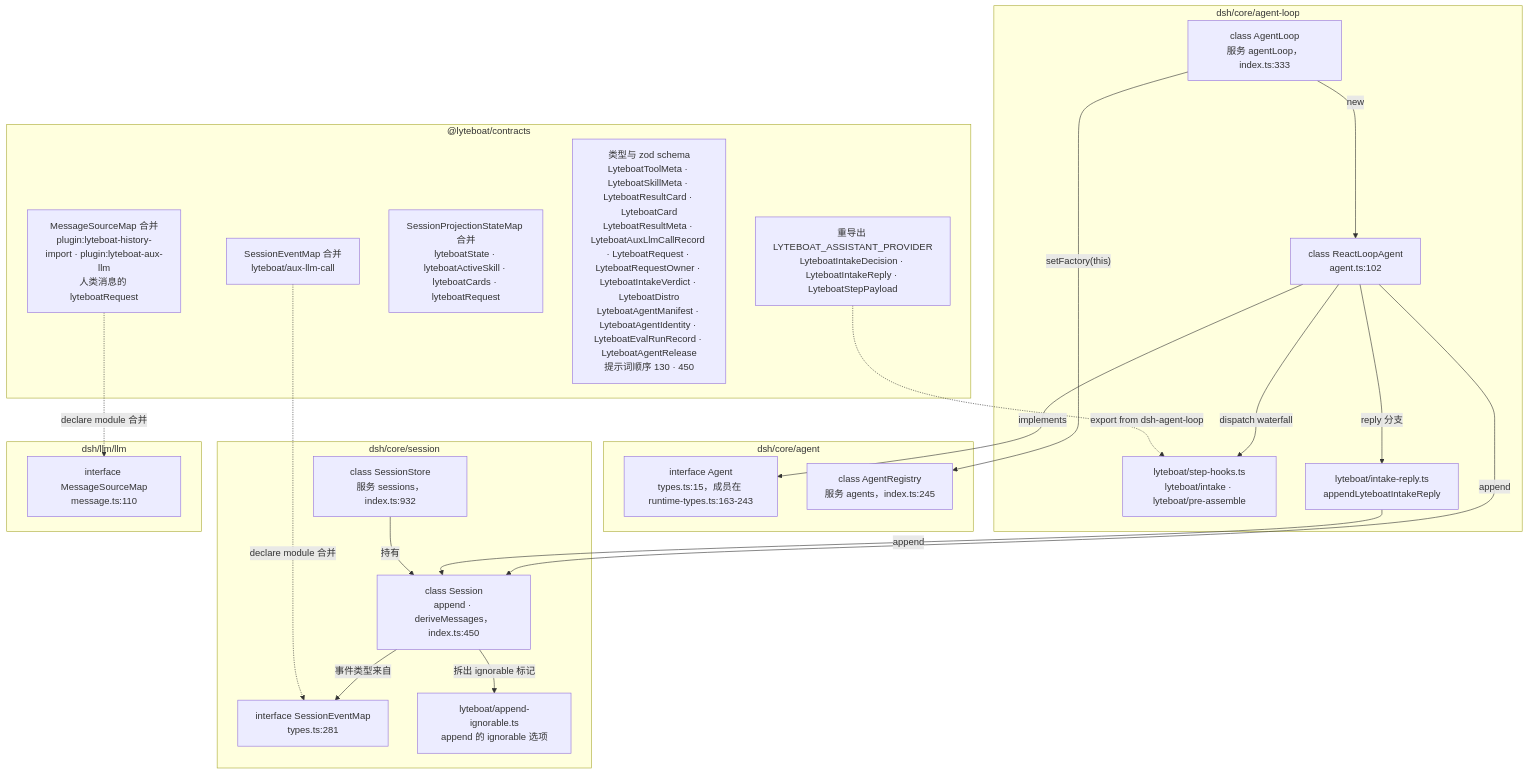
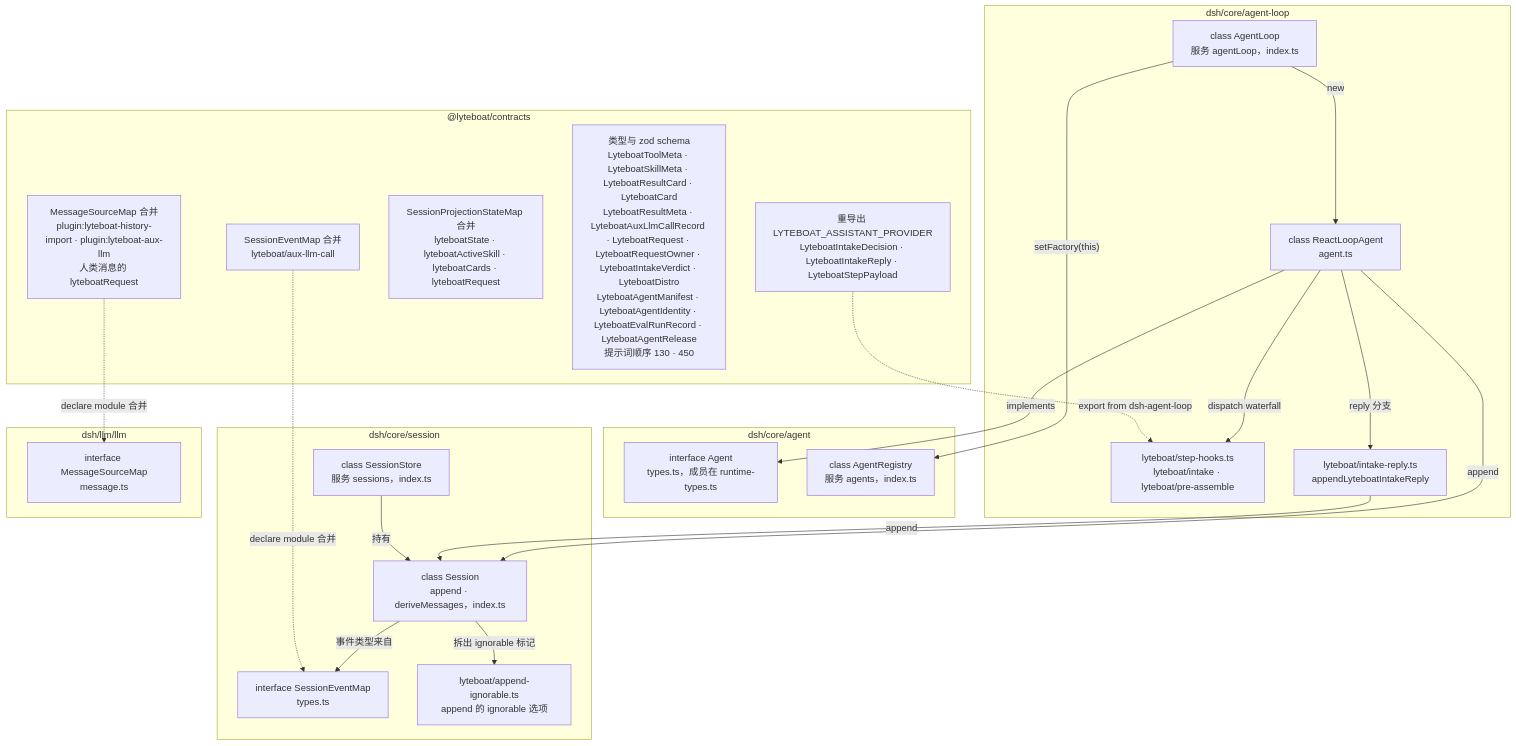
One commit to lyteboat/boat changed the fourth of 11 diagrams in docs/01-architecture.md. Above: the diagram before and after it, drawn with Mermaid. The commit also changed other lines of this file and 7 other files, not shown here.

````diff
--- a/docs/01-architecture.md
+++ b/docs/01-architecture.md
@@ -273,42 +270,42 @@
 ```mermaid
 flowchart TB
   subgraph AGT["dsh/core/agent"]
-    agentT["interface Agent<br/>types.ts:15，成员在 runtime-types.ts:163-243"]
-    reg["class AgentRegistry<br/>服务 agents，index.ts:245"]
+    agentT["interface Agent<br/>types.ts，成员在 runtime-types.ts"]
+    reg["class AgentRegistry<br/>服务 agents，index.ts"]
   end
   subgraph LOOP["dsh/core/agent-loop"]
-    al["class AgentLoop<br/>服务 agentLoop，index.ts:333"]
-    rla["class ReactLoopAgent<br/>agent.ts:102"]
+    al["class AgentLoop<br/>服务 agentLoop，index.ts"]
+    rla["class ReactLoopAgent<br/>agent.ts"]
     hooks["lyteboat/step-hooks.ts<br/>lyteboat/intake · lyteboat/pre-assemble"]
     reply["lyteboat/intake-reply.ts<br/>appendLyteboatIntakeReply"]
   end
   subgraph SESS["dsh/core/session"]
-    store["class SessionStore<br/>服务 sessions，index.ts:932"]
-    sess["class Session<br/>append · deriveMessages，index.ts:450"]
-    sem["interface SessionEventMap<br/>types.ts:281"]
+    store["class SessionStore<br/>服务 sessions，index.ts"]
+    sess["class Session<br/>append · deriveMessages，index.ts"]
+    sem["interface SessionEventMap<br/>types.ts"]
     ign["lyteboat/append-ignorable.ts<br/>append 的 ignorable 选项"]
   end
   subgraph LLMP["dsh/llm/llm"]
-    msm["interface MessageSourceMap<br/>message.ts:110"]
+    msm["interface MessageSourceMap<br/>message.ts"]
   end
   subgraph CON["@lyteboat/contracts"]
     cEv["SessionEventMap 合并<br/>lyteboat/aux-llm-call"]
     cSrc["MessageSourceMap 合并<br/>plugin:lyteboat-history-import · plugin:lyteboat-aux-llm<br/>人类消息的 lyteboatRequest"]
     cProj["SessionProjectionStateMap 合并<br/>lyteboatState · lyteboatActiveSkill · lyteboatCards · lyteboatRequest"]
     cMeta["类型与 zod schema<br/>LyteboatToolMeta · LyteboatSkillMeta · LyteboatResultCard · LyteboatCard<br/>LyteboatResultMeta · LyteboatAuxLlmCallRecord · LyteboatRequest · LyteboatRequestOwner · LyteboatIntakeVerdict · LyteboatDistro<br/>LyteboatAgentManifest · LyteboatAgentIdentity · LyteboatEvalRunRecord · LyteboatAgentRelease<br/>提示词顺序 130 · 450"]
     cRe["重导出 LYTEBOAT_ASSISTANT_PROVIDER<br/>LyteboatIntakeDecision · LyteboatIntakeReply · LyteboatStepPayload"]
   end
   al -->|"setFactory(this)"| reg
   al -->|"new"| rla
   rla -->|"implements"| agentT
   rla -->|"dispatch waterfall"| hooks
   rla -->|"reply 分支"| reply
   rla -->|"append"| sess
   reply -->|"append"| sess
   store -->|"持有"| sess
   sess -->|"事件类型来自"| sem
   sess -->|"拆出 ignorable 标记"| ign
   cEv -.->|"declare module 合并"| sem
   cSrc -.->|"declare module 合并"| msm
   cRe -.->|"export from dsh-agent-loop"| hooks
 ```
````
